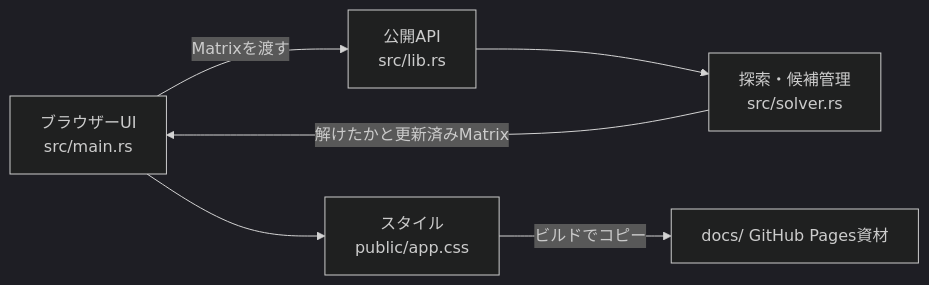
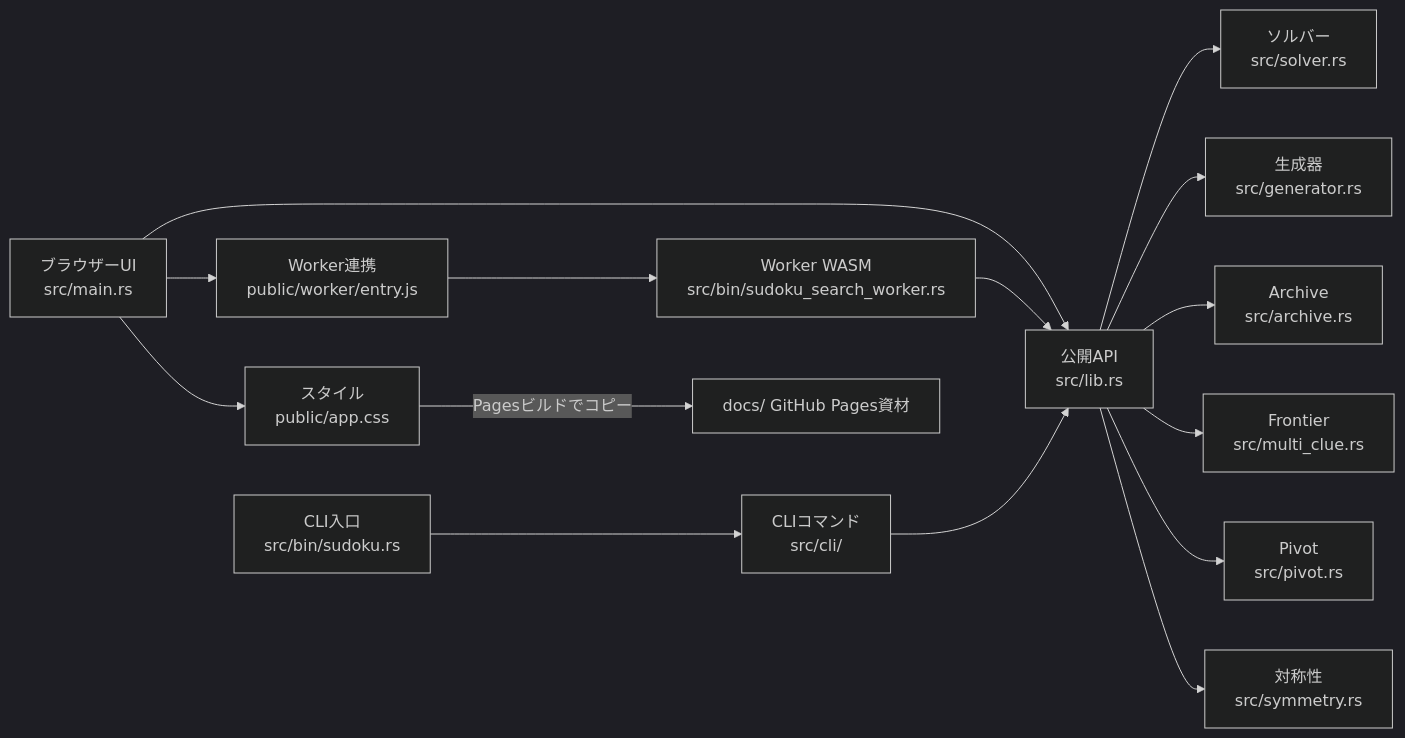
Before and after one commit to namba3/sudoku_solver: the diagram in documentation/architecture.md, drawn with Mermaid (dark theme). The commit also changed other lines of this file and 54 other files, not shown here.

Commit message:
Add minimal puzzle archive and search CLI

````diff
--- a/documentation/architecture.md
+++ b/documentation/architecture.md
@@ -7,8 +7,17 @@
 ```mermaid
 flowchart LR
-    U[ブラウザーUI<br/>src/main.rs] -->|Matrixを渡す| L[公開API<br/>src/lib.rs]
-    L --> S[探索・候補管理<br/>src/solver.rs]
-    S -->|解けたかと更新済みMatrix| U
+    U[ブラウザーUI<br/>src/main.rs] --> L[公開API<br/>src/lib.rs]
+    U --> W[Worker連携<br/>public/worker/entry.js]
+    W --> WB[Worker WASM<br/>src/bin/sudoku_search_worker.rs]
+    WB --> L
+    L --> S[ソルバー<br/>src/solver.rs]
+    L --> G[生成器<br/>src/generator.rs]
+    L --> A[Archive<br/>src/archive.rs]
+    L --> F[Frontier<br/>src/multi_clue.rs]
+    L --> PV[Pivot<br/>src/pivot.rs]
+    L --> SYM[対称性<br/>src/symmetry.rs]
+    CCLI[CLI入口<br/>src/bin/sudoku.rs] --> CLI[CLIコマンド<br/>src/cli/]
+    CLI --> L
     U --> C[スタイル<br/>public/app.css]
-    C -->|ビルドでコピー| P[docs/ GitHub Pages資材]
+    C -->|Pagesビルドでコピー| P[docs/ GitHub Pages資材]
 ```
````
